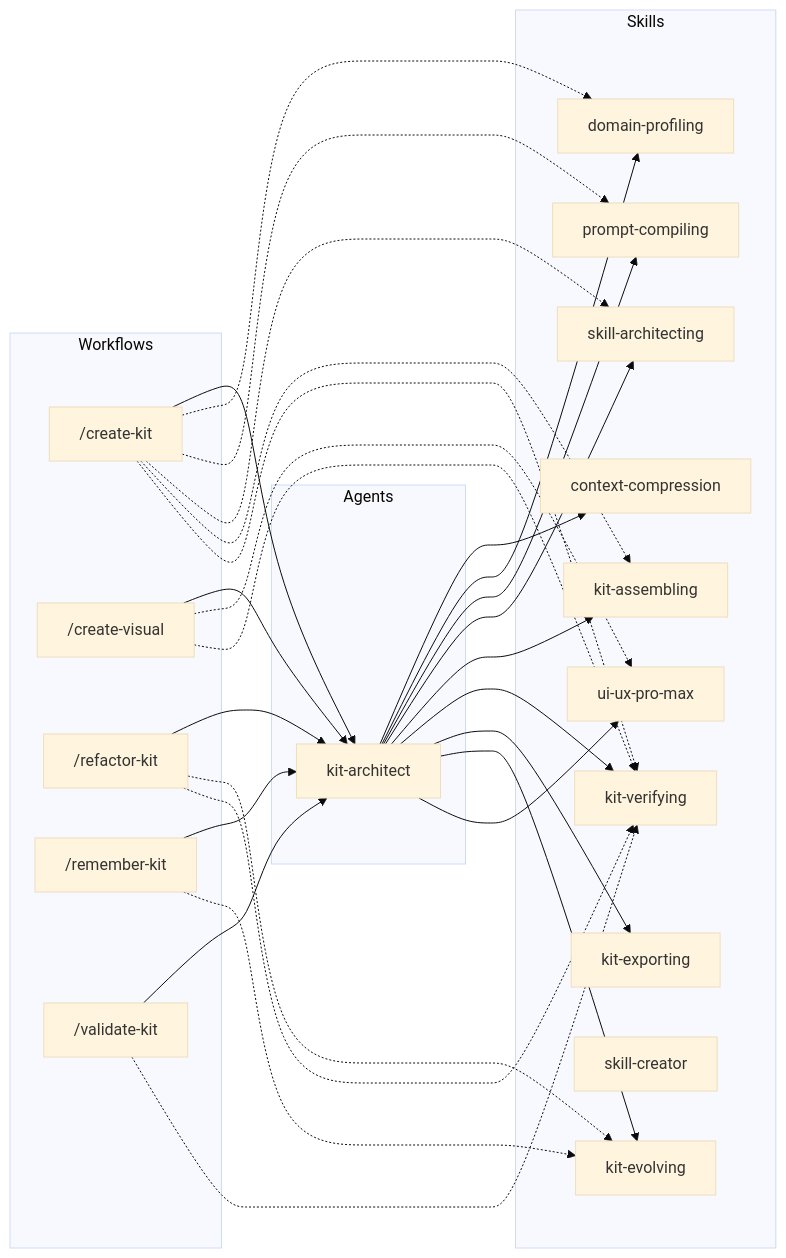
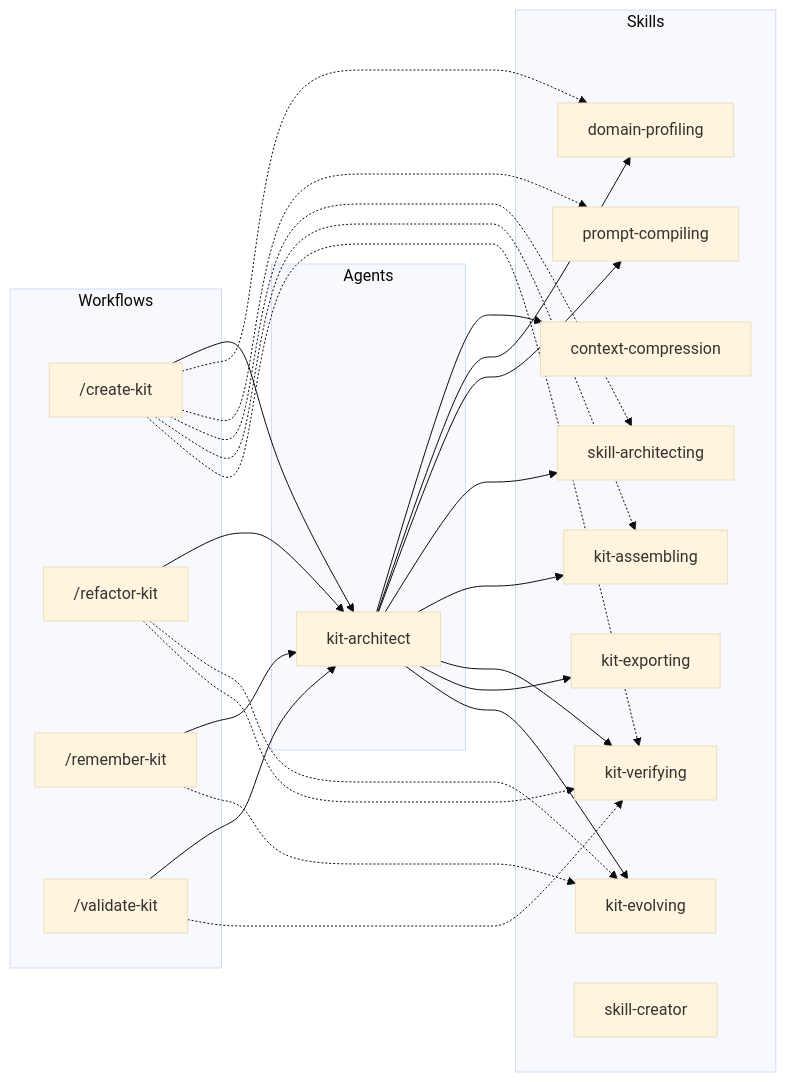
One commit to thelightinker/Agent-Kit-Builder changed the diagram in .agents/DEPENDENCY_GRAPH.md. Above: the diagram before and after it, drawn with Mermaid (base theme). The commit also changed other lines of this file and 96 other files, not shown here.

Commit message:
refactor: remove visual track (create-visual, ui-ux-pro-max, 3 templates); keep visual_qa optional in lifecycle schema

````diff
--- a/.agents/DEPENDENCY_GRAPH.md
+++ b/.agents/DEPENDENCY_GRAPH.md
@@ -7,50 +7,44 @@
 ```mermaid
 flowchart LR
   subgraph Workflows
     W_create_kit["/create-kit"]
-    W_create_visual["/create-visual"]
     W_refactor_kit["/refactor-kit"]
     W_remember_kit["/remember-kit"]
     W_validate_kit["/validate-kit"]
   end
   subgraph Agents
     A_kit_architect["kit-architect"]
   end
   subgraph Skills
     S_context_compression["context-compression"]
     S_domain_profiling["domain-profiling"]
     S_kit_assembling["kit-assembling"]
     S_kit_evolving["kit-evolving"]
     S_kit_exporting["kit-exporting"]
     S_kit_verifying["kit-verifying"]
     S_prompt_compiling["prompt-compiling"]
     S_skill_architecting["skill-architecting"]
     S_skill_creator["skill-creator"]
-    S_ui_ux_pro_max["ui-ux-pro-max"]
   end
   W_create_kit --> A_kit_architect
   W_create_kit -.-> S_domain_profiling
   W_create_kit -.-> S_prompt_compiling
   W_create_kit -.-> S_skill_architecting
   W_create_kit -.-> S_kit_assembling
   W_create_kit -.-> S_kit_verifying
-  W_create_visual --> A_kit_architect
-  W_create_visual -.-> S_ui_ux_pro_max
-  W_create_visual -.-> S_kit_verifying
   W_refactor_kit --> A_kit_architect
   W_refactor_kit -.-> S_kit_evolving
   W_refactor_kit -.-> S_kit_verifying
   W_remember_kit --> A_kit_architect
   W_remember_kit -.-> S_kit_evolving
   W_validate_kit --> A_kit_architect
   W_validate_kit -.-> S_kit_verifying
   A_kit_architect --> S_context_compression
   A_kit_architect --> S_domain_profiling
   A_kit_architect --> S_prompt_compiling
   A_kit_architect --> S_skill_architecting
   A_kit_architect --> S_kit_assembling
   A_kit_architect --> S_kit_verifying
   A_kit_architect --> S_kit_exporting
   A_kit_architect --> S_kit_evolving
-  A_kit_architect --> S_ui_ux_pro_max
 ```
````
